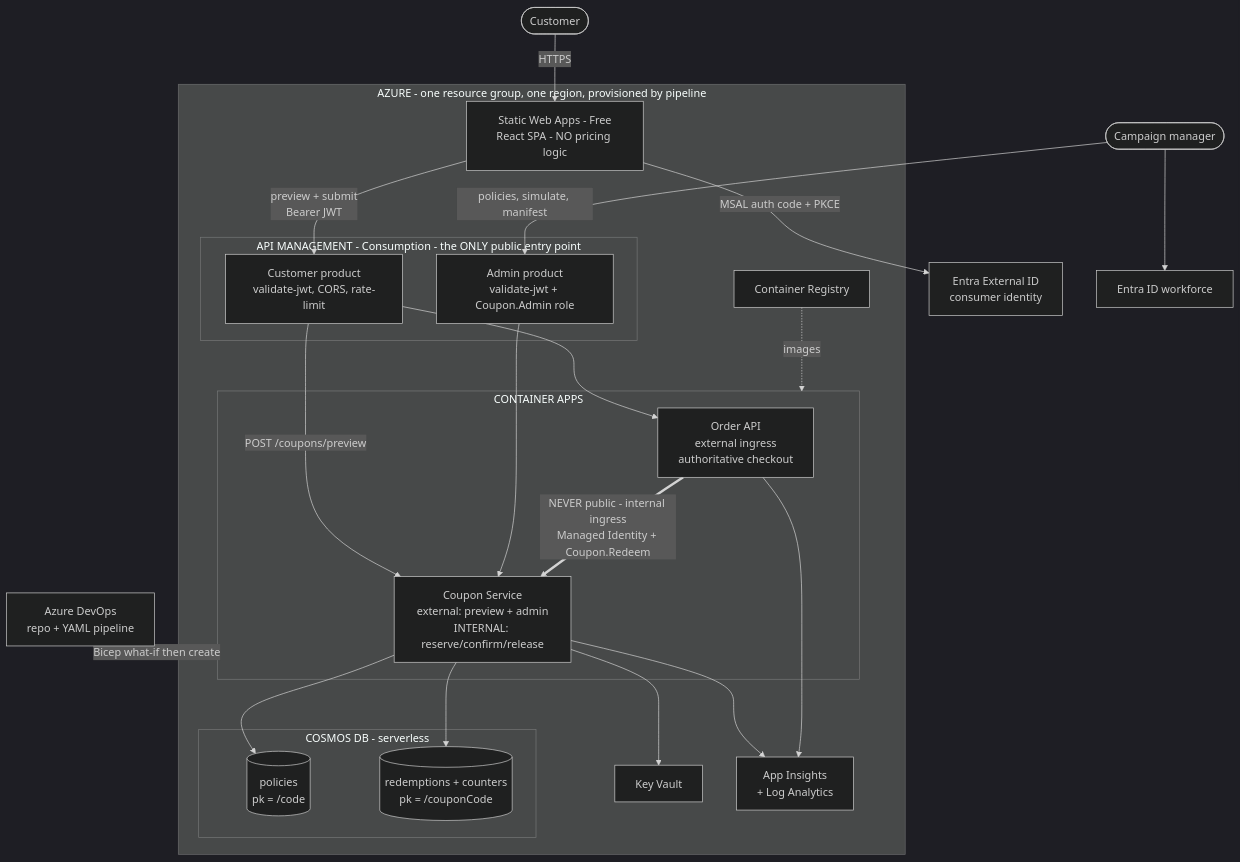
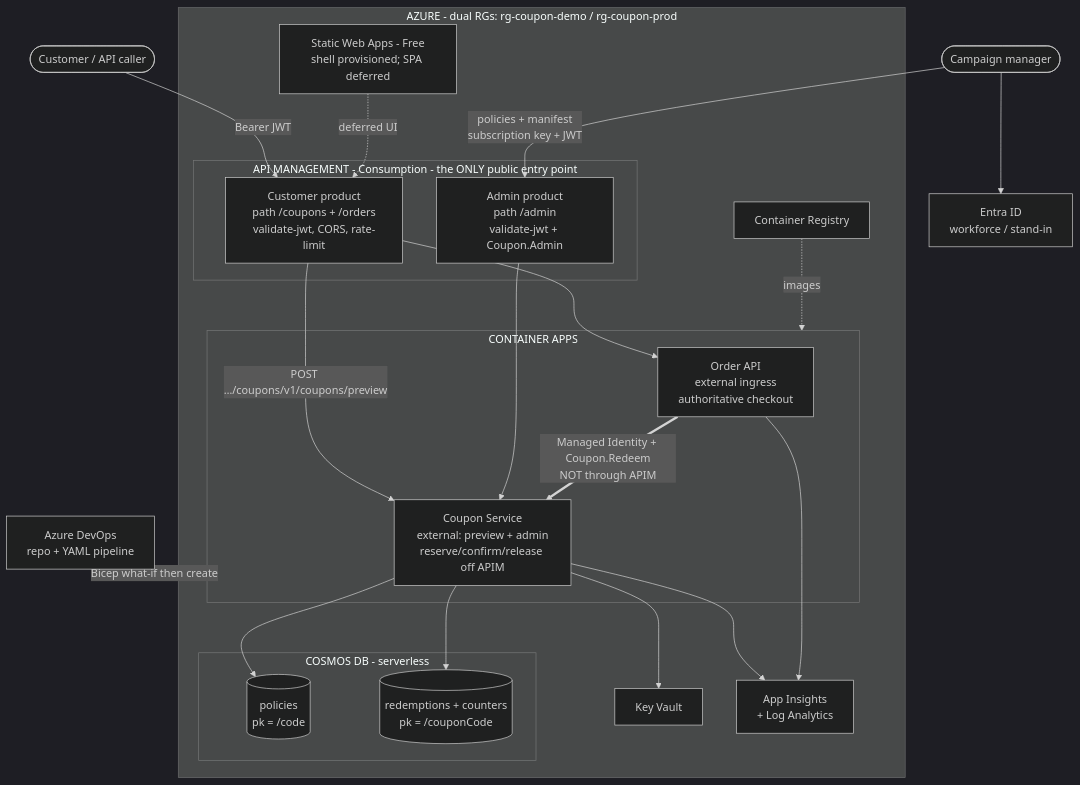
Before and after one commit to r4rad/coupon-service: the second of 22 diagrams in docs/solution-architecture.md, drawn with Mermaid (dark theme). The commit also changed other lines of this file and 1 other file, not shown here.

First line of the commit message:
Align solution architecture with the as-built system.

````diff
--- a/docs/solution-architecture.md
+++ b/docs/solution-architecture.md
@@ -68,48 +70,46 @@
 ```mermaid
 flowchart TB
-    CUST(["Customer"])
+    CUST(["Customer / API caller"])
     ADMIN(["Campaign manager"])
-    EXT["Entra External ID<br/>consumer identity"]
-    WID["Entra ID workforce"]
+    WID["Entra ID<br/>workforce / stand-in"]
     ADO["Azure DevOps<br/>repo + YAML pipeline"]
 
-    subgraph rg ["AZURE - one resource group, one region, provisioned by pipeline"]
-        SWA["Static Web Apps - Free<br/>React SPA - NO pricing logic"]
+    subgraph azure ["AZURE - dual RGs: rg-coupon-demo / rg-coupon-prod"]
+        SWA["Static Web Apps - Free<br/>shell provisioned; SPA deferred"]
 
         subgraph gw ["API MANAGEMENT - Consumption - the ONLY public entry point"]
-            P1["Customer product<br/>validate-jwt, CORS, rate-limit"]
-            P2["Admin product<br/>validate-jwt + Coupon.Admin role"]
+            P1["Customer product<br/>path /coupons + /orders<br/>validate-jwt, CORS, rate-limit"]
+            P2["Admin product<br/>path /admin<br/>validate-jwt + Coupon.Admin"]
         end
 
         subgraph svc ["CONTAINER APPS"]
             OA["Order API<br/>external ingress<br/>authoritative checkout"]
-            CS["Coupon Service<br/>external: preview + admin<br/>INTERNAL: reserve/confirm/release"]
+            CS["Coupon Service<br/>external: preview + admin<br/>reserve/confirm/release off APIM"]
         end
 
         subgraph db ["COSMOS DB - serverless"]
             C1[("policies<br/>pk = /code")]
             C2[("redemptions + counters<br/>pk = /couponCode")]
         end
 
         KV["Key Vault"]
         AI["App Insights<br/>+ Log Analytics"]
         ACR["Container Registry"]
     end
 
-    CUST -->|"HTTPS"| SWA
-    SWA -->|"MSAL auth code + PKCE"| EXT
+    CUST -->|"Bearer JWT"| P1
     ADMIN --> WID
-    SWA -->|"preview + submit<br/>Bearer JWT"| P1
-    ADMIN -->|"policies, simulate, manifest"| P2
+    ADMIN -->|"policies + manifest<br/>subscription key + JWT"| P2
     P1 --> OA
-    P1 -->|"POST /coupons/preview"| CS
+    P1 -->|"POST …/coupons/v1/coupons/preview"| CS
     P2 --> CS
-    OA ==>|"NEVER public - internal ingress<br/>Managed Identity + Coupon.Redeem"| CS
+    OA ==>|"Managed Identity + Coupon.Redeem<br/>NOT through APIM"| CS
     CS --> C1
     CS --> C2
     CS --> KV
     CS --> AI
     OA --> AI
     ACR -.->|"images"| svc
-    ADO -.->|"Bicep what-if then create"| rg
+    ADO -.->|"Bicep what-if then create"| azure
+    SWA -.->|"deferred UI"| P1
 ```
````
